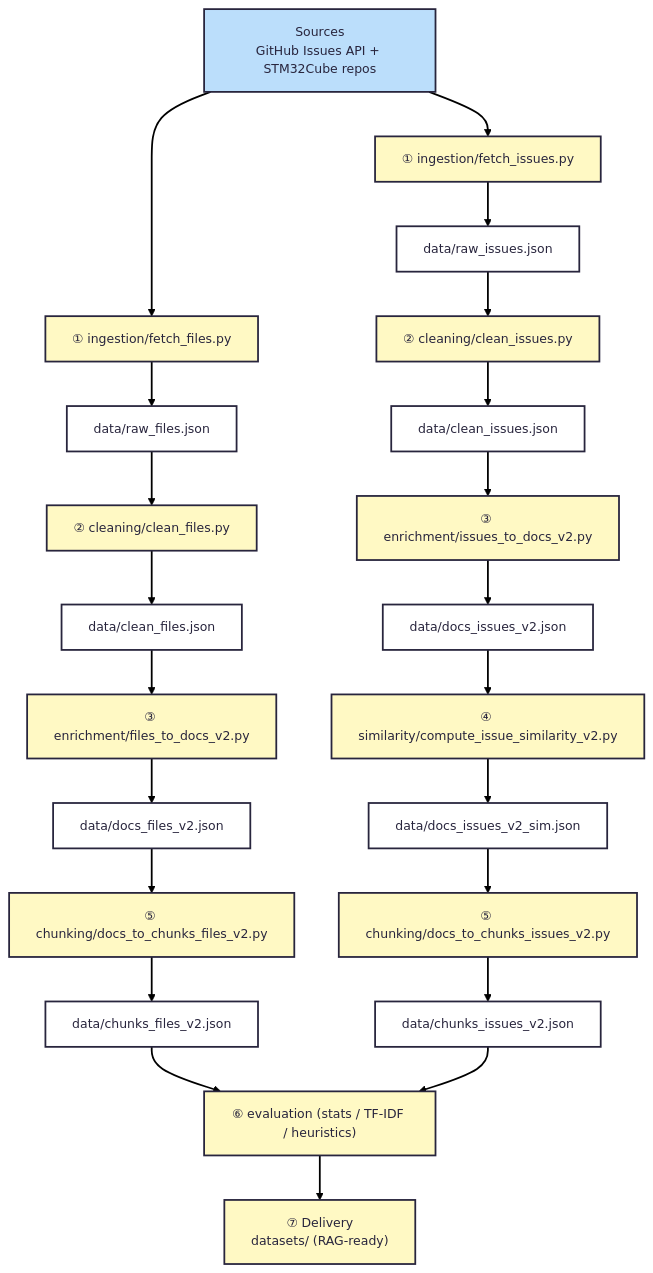
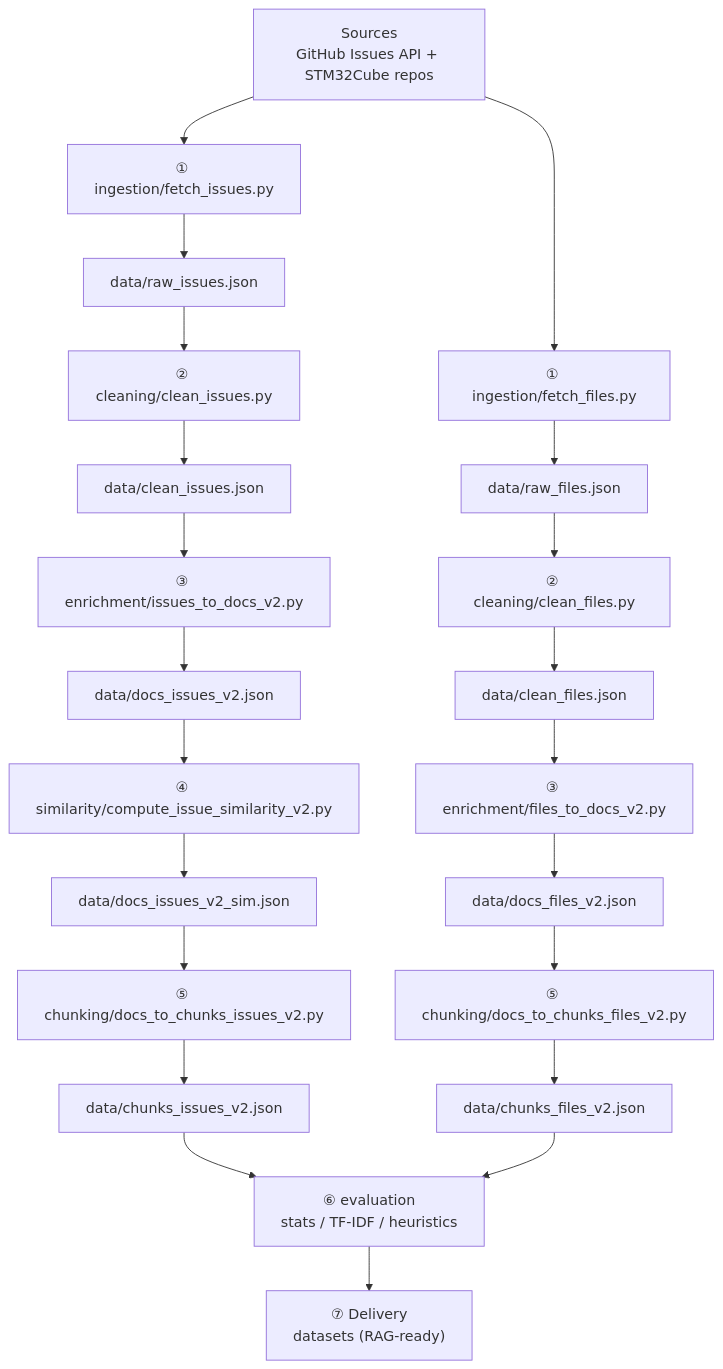
One commit to Abirgharbi/RAG_test changed the diagram in docs/updatedDiagram.mmd. Above: the diagram before and after it, drawn with Mermaid.

Commit message:
diagram changes0.2

```diff
--- a/docs/updatedDiagram.mmd
+++ b/docs/updatedDiagram.mmd
@@ -1,40 +1,32 @@
----
-config:
-  layout: fixed
-  theme: redux
----
-flowchart TB
-    A["Sources<br>GitHub Issues API + STM32Cube repos"] --> C["① ingestion/fetch_files.py"] & B["① ingestion/fetch_issues.py"]
-    B --> B_out["data/raw_issues.json"]
-    C --> C_out["data/raw_files.json"]
-    B_out --> D["② cleaning/clean_issues.py"]
-    D --> D_out["data/clean_issues.json"]
-    C_out --> E["② cleaning/clean_files.py"]
-    E --> E_out["data/clean_files.json"]
-    D_out --> F["③ enrichment/issues_to_docs_v2.py"]
-    F --> F_out["data/docs_issues_v2.json"]
-    E_out --> G["③ enrichment/files_to_docs_v2.py"]
-    G --> G_out["data/docs_files_v2.json"]
-    F_out --> H["④ similarity/compute_issue_similarity_v2.py"]
-    H --> H_out["data/docs_issues_v2_sim.json"]
-    H_out --> I["⑤ chunking/docs_to_chunks_issues_v2.py"]
-    I --> I_out["data/chunks_issues_v2.json"]
-    G_out --> J["⑤ chunking/docs_to_chunks_files_v2.py"]
-    J --> J_out["data/chunks_files_v2.json"]
-    J_out --> K["⑥ evaluation (stats / TF-IDF / heuristics)"]
-    K --> L["⑦ Delivery 
-    datasets/ (RAG-ready)"]
-    I_out --> K
+flowchart TD
 
-    style A fill:#BBDEFB
-    style C fill:#FFF9C4
-    style B fill:#FFF9C4
-    style D fill:#FFF9C4
-    style E fill:#FFF9C4
-    style F fill:#FFF9C4
-    style G fill:#FFF9C4
-    style H fill:#FFF9C4
-    style I fill:#FFF9C4
-    style J fill:#FFF9C4
-    style K fill:#FFF9C4
-    style L fill:#FFF9C4
+    A["Sources<br/>GitHub Issues API + STM32Cube repos"]
+
+    %% LEFT PIPELINE (ISSUES)
+    A --> B1["① ingestion/fetch_issues.py"]
+    B1 --> C1["data/raw_issues.json"]
+    C1 --> D1["② cleaning/clean_issues.py"]
+    D1 --> E1["data/clean_issues.json"]
+    E1 --> F1["③ enrichment/issues_to_docs_v2.py"]
+    F1 --> G1["data/docs_issues_v2.json"]
+    G1 --> H1["④ similarity/compute_issue_similarity_v2.py"]
+    H1 --> I1["data/docs_issues_v2_sim.json"]
+    I1 --> J1["⑤ chunking/docs_to_chunks_issues_v2.py"]
+    J1 --> K1["data/chunks_issues_v2.json"]
+
+    %% RIGHT PIPELINE (FILES)
+    A --> B2["① ingestion/fetch_files.py"]
+    B2 --> C2["data/raw_files.json"]
+    C2 --> D2["② cleaning/clean_files.py"]
+    D2 --> E2["data/clean_files.json"]
+    E2 --> F2["③ enrichment/files_to_docs_v2.py"]
+    F2 --> G2["data/docs_files_v2.json"]
+    G2 --> H2["⑤ chunking/docs_to_chunks_files_v2.py"]
+    H2 --> I2["data/chunks_files_v2.json"]
+
+    %% MERGE
+    K1 --> L["⑥ evaluation<br/>stats / TF-IDF / heuristics"]
+    I2 --> L
+
+    %% DELIVERY
+    L --> M["⑦ Delivery<br/>datasets (RAG-ready)"]
```
